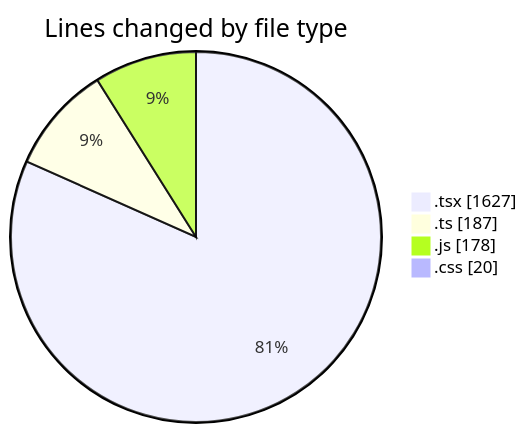
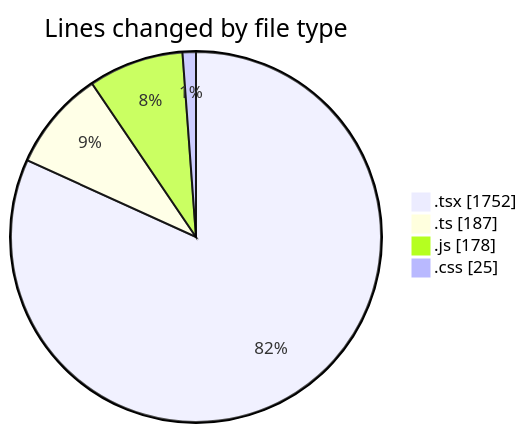
One commit to robertbonfada/code-tracking changed the first of 2 diagrams in 2025-02-03/mbc-web/README.md. Above: the diagram before and after it, drawn with Mermaid. The commit also changed other lines of this file and 1 other file, not shown here.

````diff
--- a/2025-02-03/mbc-web/README.md
+++ b/2025-02-03/mbc-web/README.md
@@ -30,8 +31,8 @@
 ```mermaid
 pie showData
 title Lines changed by file type
-".tsx" : 1627
+".tsx" : 1752
 ".ts" : 187
 ".js" : 178
-".css" : 20
+".css" : 25
 ```
````
